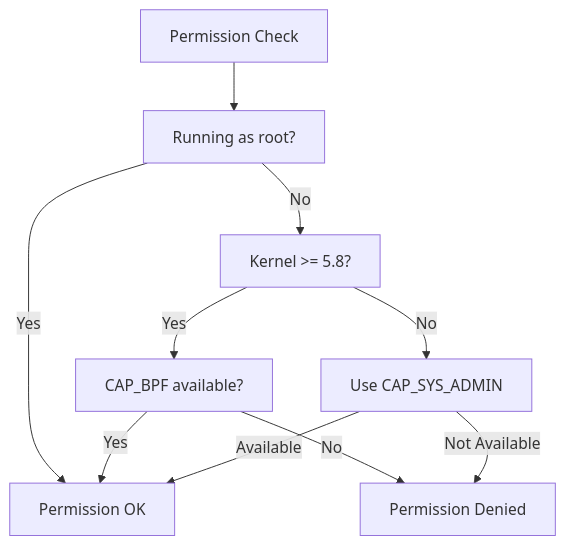
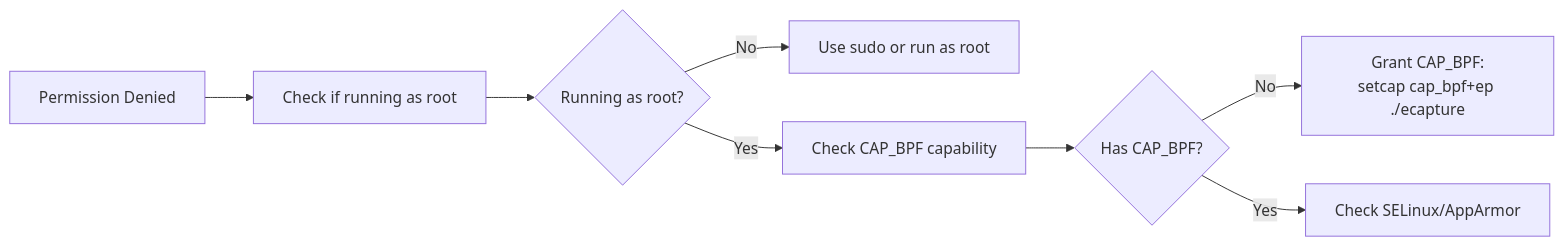
Before and after one commit to gojue/ecapture.cc: the second of 10 diagrams in src/en/6-troubleshooting-and-faq/index.md, drawn with Mermaid. The commit also changed other lines of this file and 115 other files, not shown here.

````diff
--- a/src/en/6-troubleshooting-and-faq/index.md
+++ b/src/en/6-troubleshooting-and-faq/index.md
@@ -166,20 +101,10 @@
 ```mermaid
-graph TB
-    START["Permission Check"]
-    ROOT["Running as root?"]
-    KERNEL58["Kernel >= 5.8?"]
-    CAPBPF["CAP_BPF available?"]
-    LEGACY["Use CAP_SYS_ADMIN"]
-    SUCCESS["Permission OK"]
-    FAIL["Permission Denied"]
-    
-    START --> ROOT
-    ROOT -->|Yes| SUCCESS
-    ROOT -->|No| KERNEL58
-    KERNEL58 -->|Yes| CAPBPF
-    KERNEL58 -->|No| LEGACY
-    CAPBPF -->|Yes| SUCCESS
-    CAPBPF -->|No| FAIL
-    LEGACY -->|Available| SUCCESS
-    LEGACY -->|Not Available| FAIL
+graph LR
+    PermError["Permission Denied"] --> CheckRoot["Check if running as root"]
+    CheckRoot --> IsRoot{Running as root?}
+    IsRoot -->|No| UseRoot["Use sudo or run as root"]
+    IsRoot -->|Yes| CheckCAP["Check CAP_BPF capability"]
+    CheckCAP --> HasCAP{Has CAP_BPF?}
+    HasCAP -->|No| GrantCAP["Grant CAP_BPF:<br/>setcap cap_bpf+ep ./ecapture"]
+    HasCAP -->|Yes| CheckSELinux["Check SELinux/AppArmor"]
 ```
````
